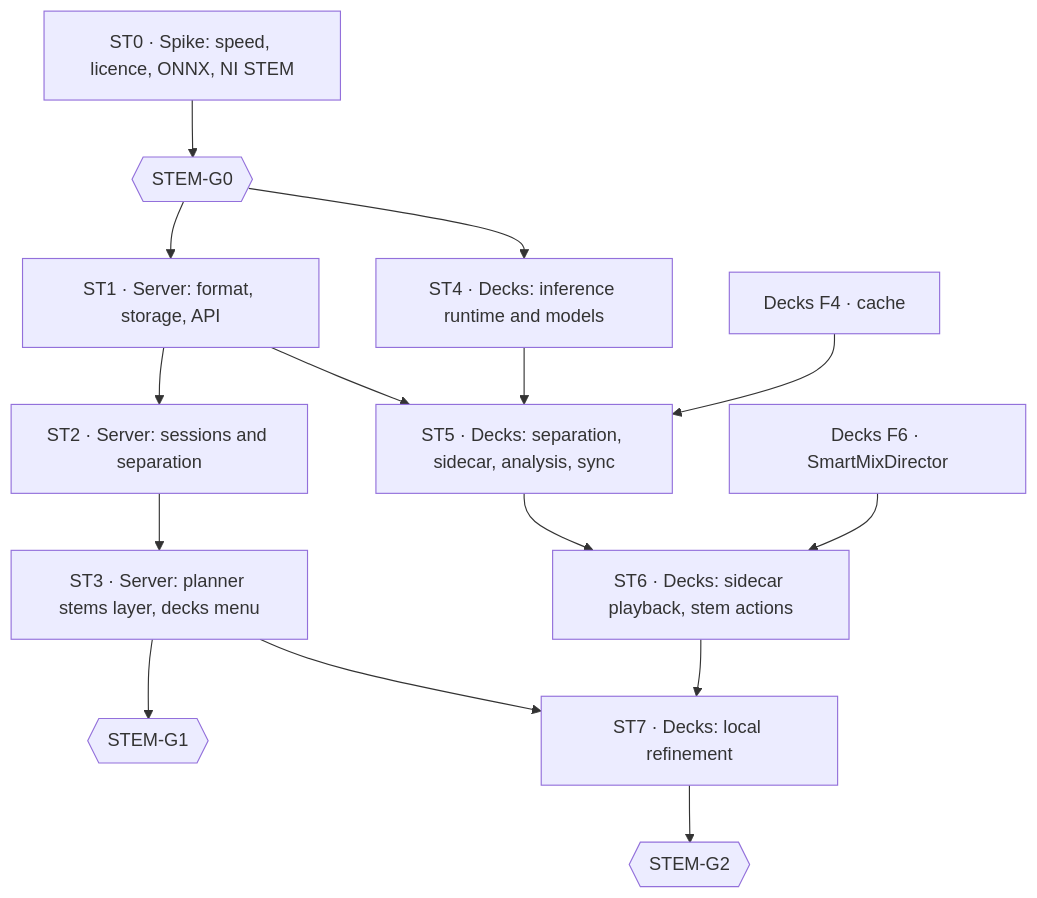
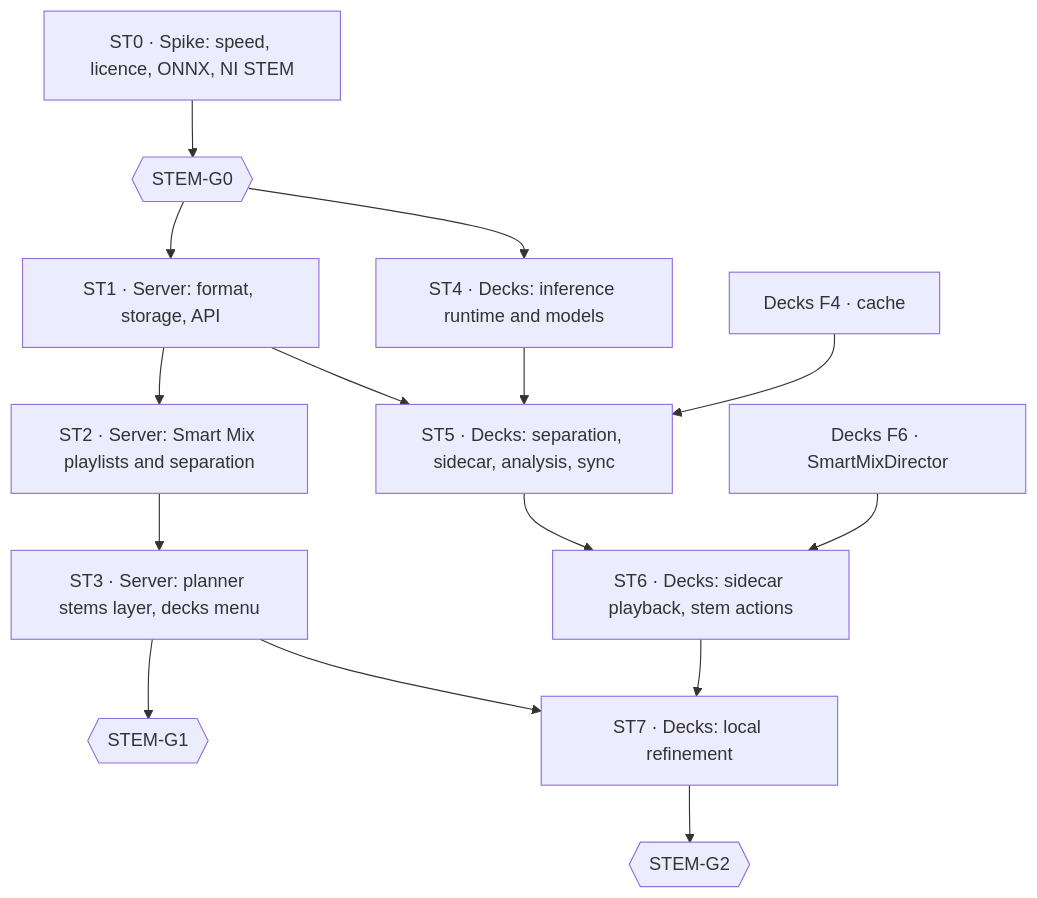
One commit to thecrateapp/crate-decks changed the diagram in docs/plans/2026-11-08-smart-mix-stems-implementation-plan.md. Above: the diagram before and after it, drawn with Mermaid. The commit also changed other lines of this file and 1 other file, not shown here.

First line of the commit message:
docs(plans): model Smart Mix playlists for the stems work

````diff
--- a/docs/plans/2026-11-08-smart-mix-stems-implementation-plan.md
+++ b/docs/plans/2026-11-08-smart-mix-stems-implementation-plan.md
@@ -61,17 +61,17 @@
 ```mermaid
 flowchart TD
   ST0[ST0 · Spike: speed, licence, ONNX, NI STEM] --> G0{{STEM-G0}}
   G0 --> ST1[ST1 · Server: format, storage, API]
-  ST1 --> ST2[ST2 · Server: sessions and separation]
+  ST1 --> ST2[ST2 · Server: Smart Mix playlists and separation]
   ST2 --> ST3[ST3 · Server: planner stems layer, decks menu]
   ST3 --> G1{{STEM-G1}}
   G0 --> ST4[ST4 · Decks: inference runtime and models]
   ST4 --> ST5[ST5 · Decks: separation, sidecar, analysis, sync]
   ST1 --> ST5
   F4[Decks F4 · cache] --> ST5
   ST5 --> ST6[ST6 · Decks: sidecar playback, stem actions]
   F6[Decks F6 · SmartMixDirector] --> ST6
   ST3 --> ST7[ST7 · Decks: local refinement]
   ST6 --> ST7
   ST7 --> G2{{STEM-G2}}
 ```
````
